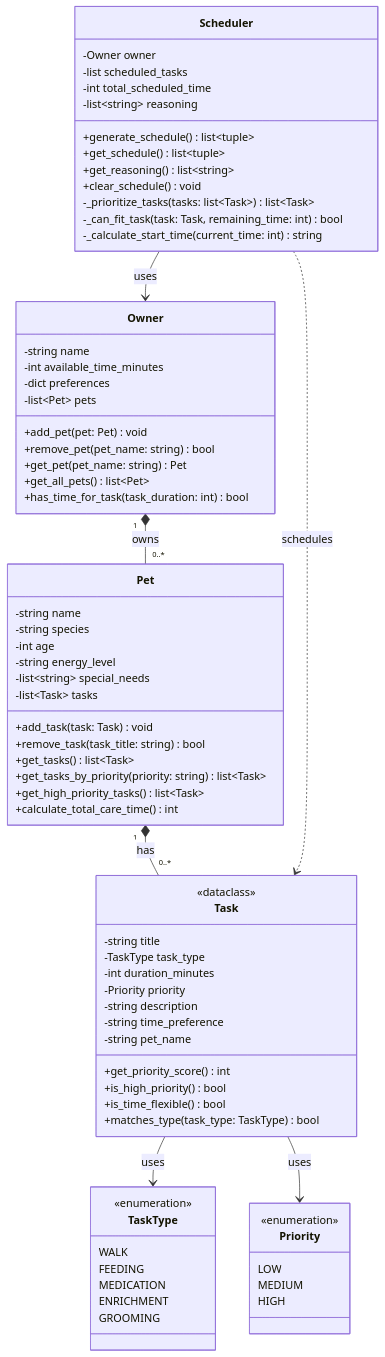
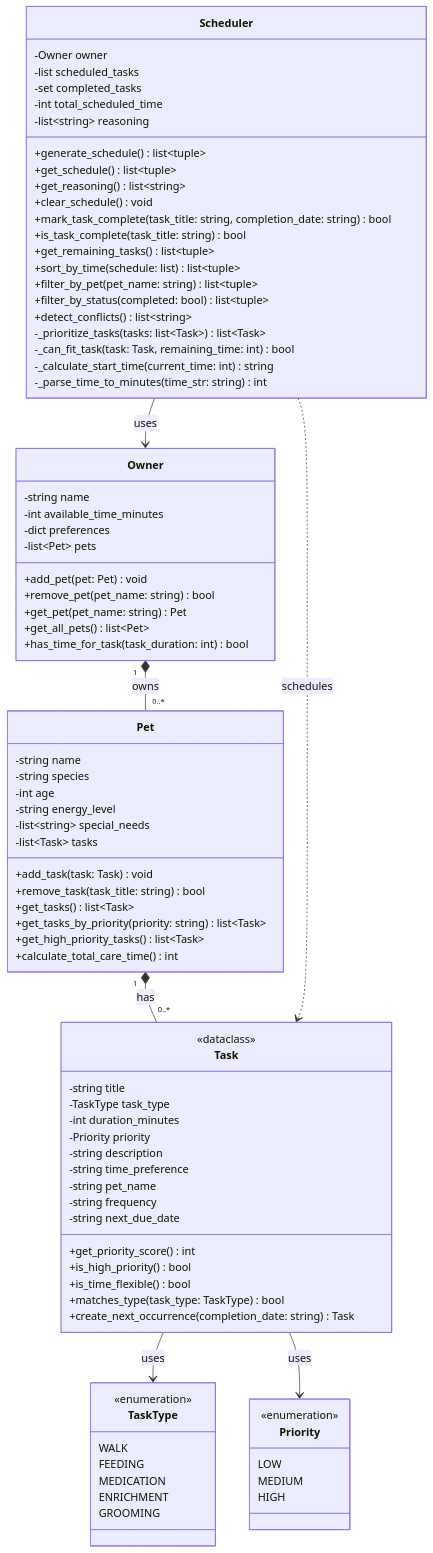
One commit to DarkwingTori/ai110-module2show-pawpal-starter changed the diagram in Downloads/ai110-module2show-pawpal-starter-main/reflection.md. Above: the diagram before and after it, drawn with Mermaid. The commit also changed other lines of this file and 2 other files, not shown here.

```diff
--- a/Downloads/ai110-module2show-pawpal-starter-main/reflection.md
+++ b/Downloads/ai110-module2show-pawpal-starter-main/reflection.md
@@ -54,10 +54,13 @@
         -string description
         -string time_preference
         -string pet_name
+        -string frequency
+        -string next_due_date
         +get_priority_score() int
         +is_high_priority() bool
         +is_time_flexible() bool
         +matches_type(task_type: TaskType) bool
+        +create_next_occurrence(completion_date: string) Task
     }
 
     class TaskType {
@@ -79,15 +82,24 @@
     class Scheduler {
         -Owner owner
         -list scheduled_tasks
+        -set completed_tasks
         -int total_scheduled_time
         -list~string~ reasoning
         +generate_schedule() list~tuple~
         +get_schedule() list~tuple~
         +get_reasoning() list~string~
         +clear_schedule() void
+        +mark_task_complete(task_title: string, completion_date: string) bool
+        +is_task_complete(task_title: string) bool
+        +get_remaining_tasks() list~tuple~
+        +sort_by_time(schedule: list) list~tuple~
+        +filter_by_pet(pet_name: string) list~tuple~
+        +filter_by_status(completed: bool) list~tuple~
+        +detect_conflicts() list~string~
         -_prioritize_tasks(tasks: list~Task~) list~Task~
         -_can_fit_task(task: Task, remaining_time: int) bool
         -_calculate_start_time(current_time: int) string
+        -_parse_time_to_minutes(time_str: string) int
     }
 
     Owner "1" *-- "0..*" Pet : owns
```
